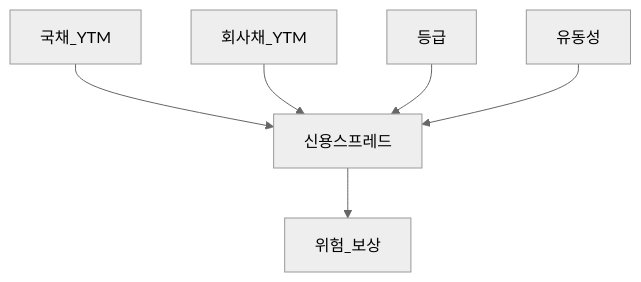
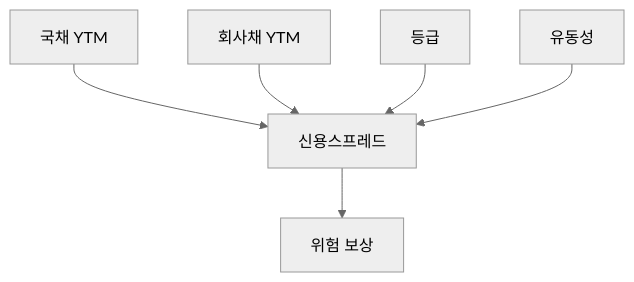
The second of 3 diagrams in 03-markets/bonds-fixed-income-deep.md (goldanghenry/Finances), drawn with Mermaid (neutral theme) before and after one commit. The commit also changed other lines of this file and 211 other files, not shown here.

````diff
--- a/03-markets/bonds-fixed-income-deep.md
+++ b/03-markets/bonds-fixed-income-deep.md
@@ -119,8 +126,8 @@
 ```mermaid
 flowchart TD
-  Treas[국채_YTM] --> Spread[신용스프레드]
-  Corp[회사채_YTM] --> Spread
-  Spread --> Comp[위험_보상]
+  Treas["국채 YTM"] --> Spread[신용스프레드]
+  Corp["회사채 YTM"] --> Spread
+  Spread --> Comp["위험 보상"]
   Rating[등급] --> Spread
   Liq[유동성] --> Spread
 ```
````
